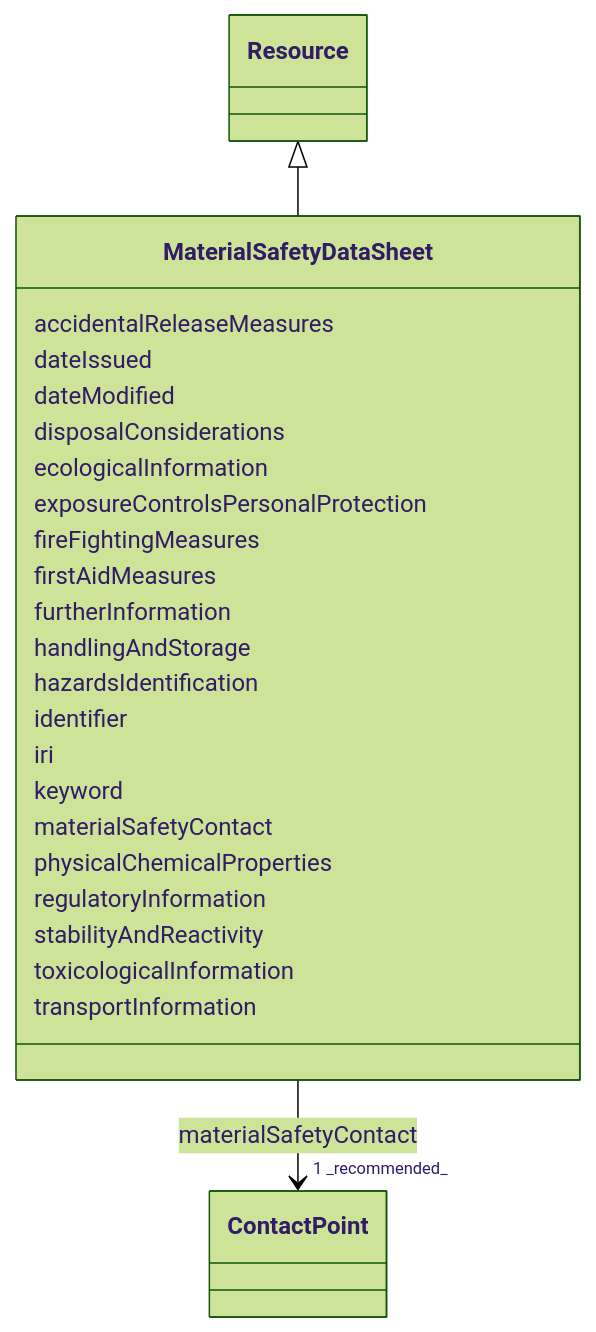
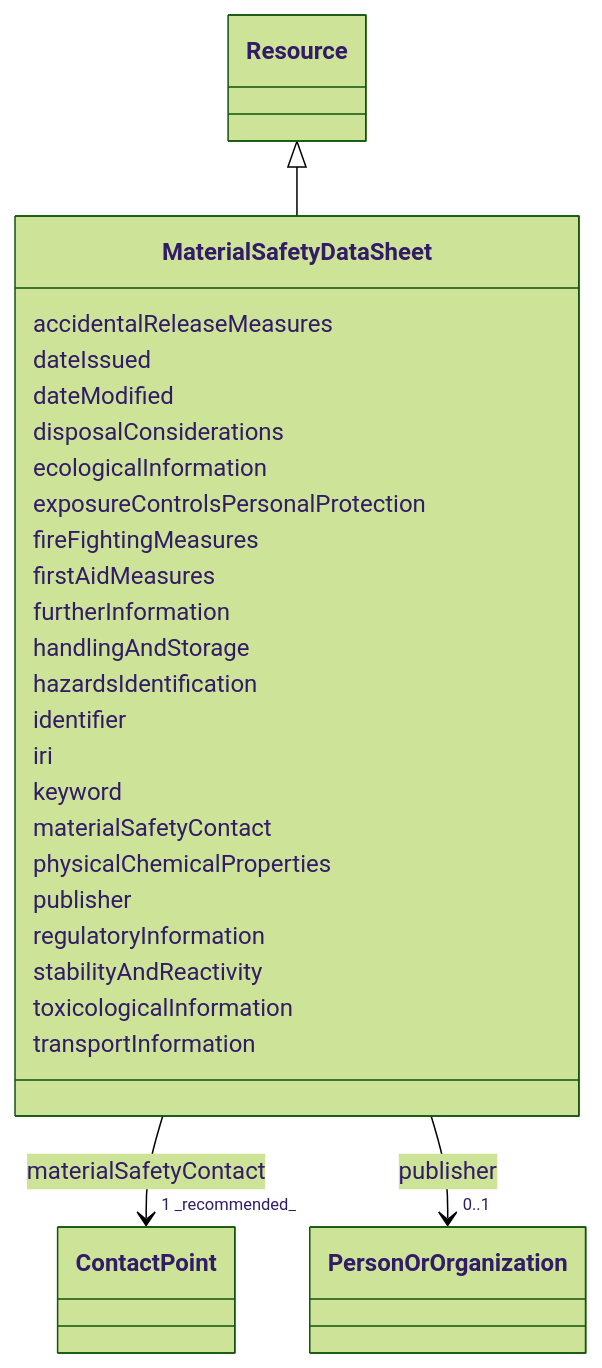
The diagram in models/docs/MaterialSafetyDataSheet.md (EVORA-project/evora-ontology), drawn with Mermaid (forest theme) before and after one commit. The commit also changed other lines of this file and 468 other files, not shown here.

````diff
--- a/models/docs/MaterialSafetyDataSheet.md
+++ b/models/docs/MaterialSafetyDataSheet.md
@@ -19,56 +19,65 @@
 ```mermaid
  classDiagram
     class MaterialSafetyDataSheet
     click MaterialSafetyDataSheet href "../MaterialSafetyDataSheet"
       Resource <|-- MaterialSafetyDataSheet
         click Resource href "../Resource"
       
       MaterialSafetyDataSheet : accidentalReleaseMeasures
         
       MaterialSafetyDataSheet : dateIssued
         
       MaterialSafetyDataSheet : dateModified
         
       MaterialSafetyDataSheet : disposalConsiderations
         
       MaterialSafetyDataSheet : ecologicalInformation
         
       MaterialSafetyDataSheet : exposureControlsPersonalProtection
         
       MaterialSafetyDataSheet : fireFightingMeasures
         
       MaterialSafetyDataSheet : firstAidMeasures
         
       MaterialSafetyDataSheet : furtherInformation
         
       MaterialSafetyDataSheet : handlingAndStorage
         
       MaterialSafetyDataSheet : hazardsIdentification
         
       MaterialSafetyDataSheet : identifier
         
       MaterialSafetyDataSheet : iri
         
       MaterialSafetyDataSheet : keyword
         
       MaterialSafetyDataSheet : materialSafetyContact
         
           
     
     
     MaterialSafetyDataSheet --> "1 _recommended_" ContactPoint : materialSafetyContact
     click ContactPoint href "../ContactPoint"
 
         
       MaterialSafetyDataSheet : physicalChemicalProperties
         
+      MaterialSafetyDataSheet : publisher
+        
+          
+    
+    
+    MaterialSafetyDataSheet --> "0..1" PersonOrOrganization : publisher
+    click PersonOrOrganization href "../PersonOrOrganization"
+
+        
       MaterialSafetyDataSheet : regulatoryInformation
         
       MaterialSafetyDataSheet : stabilityAndReactivity
         
       MaterialSafetyDataSheet : toxicologicalInformation
         
       MaterialSafetyDataSheet : transportInformation
         
       
 ```
````
